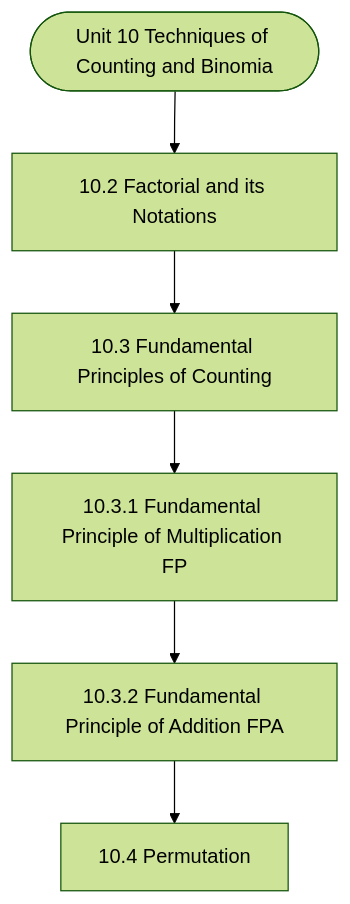
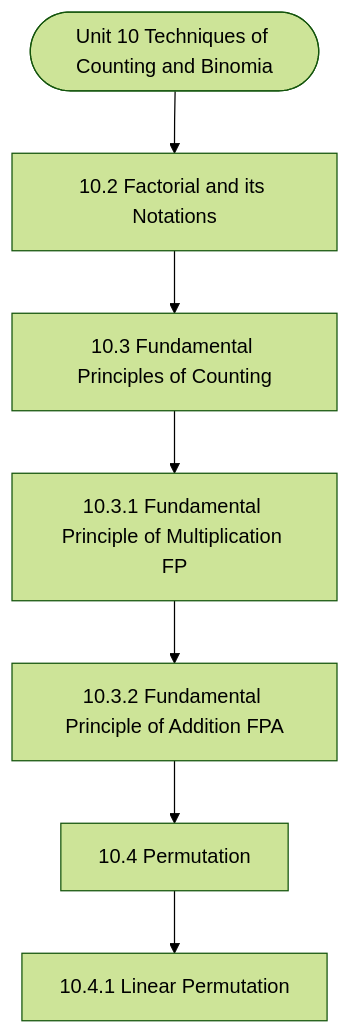
One commit to Asutosh-Coaching/mscdsa changed the diagram in notes/Semester_1/MCS-061_Mathematical_Foundations_-_I/unit_10_Techniques_of_Counting_and_Binomial_Theorem.md. Above: the diagram before and after it, drawn with Mermaid (forest theme). The commit also changed other lines of this file and 116 other files, not shown here.

````diff
--- a/notes/Semester_1/MCS-061_Mathematical_Foundations_-_I/unit_10_Techniques_of_Counting_and_Binomial_Theorem.md
+++ b/notes/Semester_1/MCS-061_Mathematical_Foundations_-_I/unit_10_Techniques_of_Counting_and_Binomial_Theorem.md
@@ -19,14 +19,16 @@
 ```mermaid
 flowchart TD
   Start(["Unit 10 Techniques of Counting and Binomia"])
   N1["10.2 Factorial and its Notations"]
   N2["10.3 Fundamental Principles of Counting"]
   N3["10.3.1 Fundamental Principle of Multiplication FP"]
   N4["10.3.2 Fundamental Principle of Addition FPA"]
   N5["10.4 Permutation"]
+  N6["10.4.1 Linear Permutation"]
   Start --> N1
   N1 --> N2
   N2 --> N3
   N3 --> N4
   N4 --> N5
+  N5 --> N6
 ```
````
